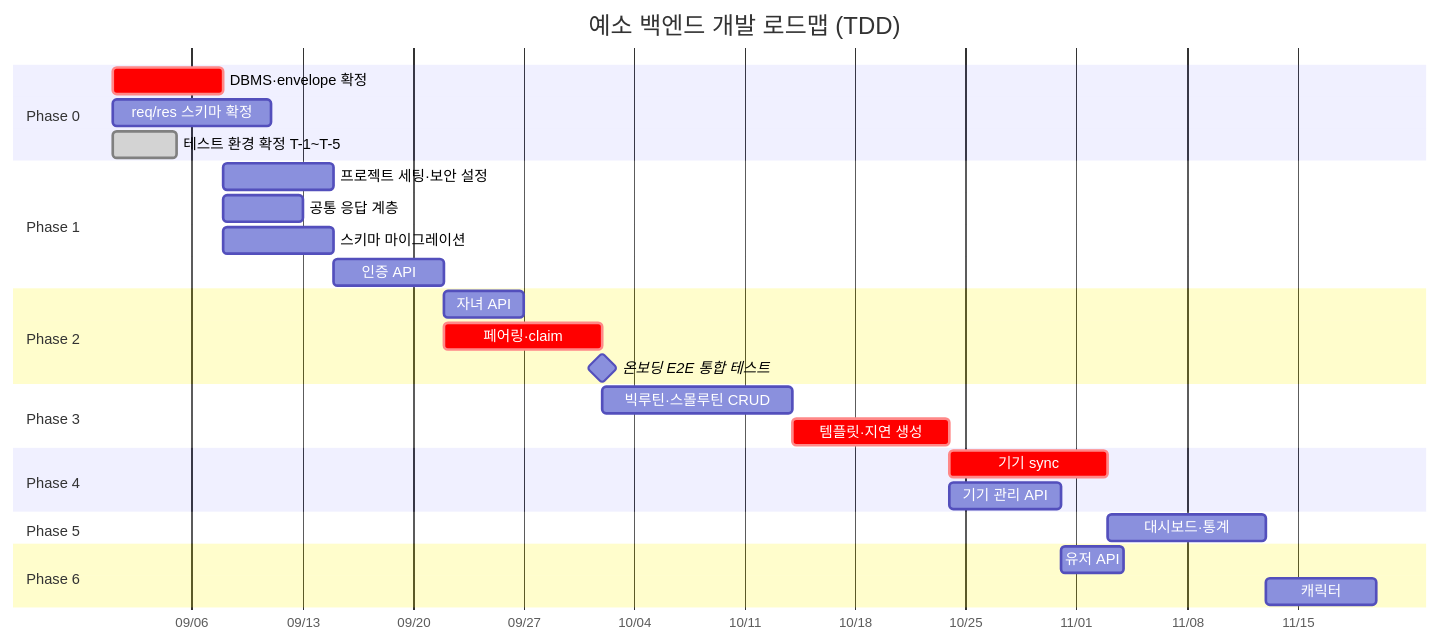
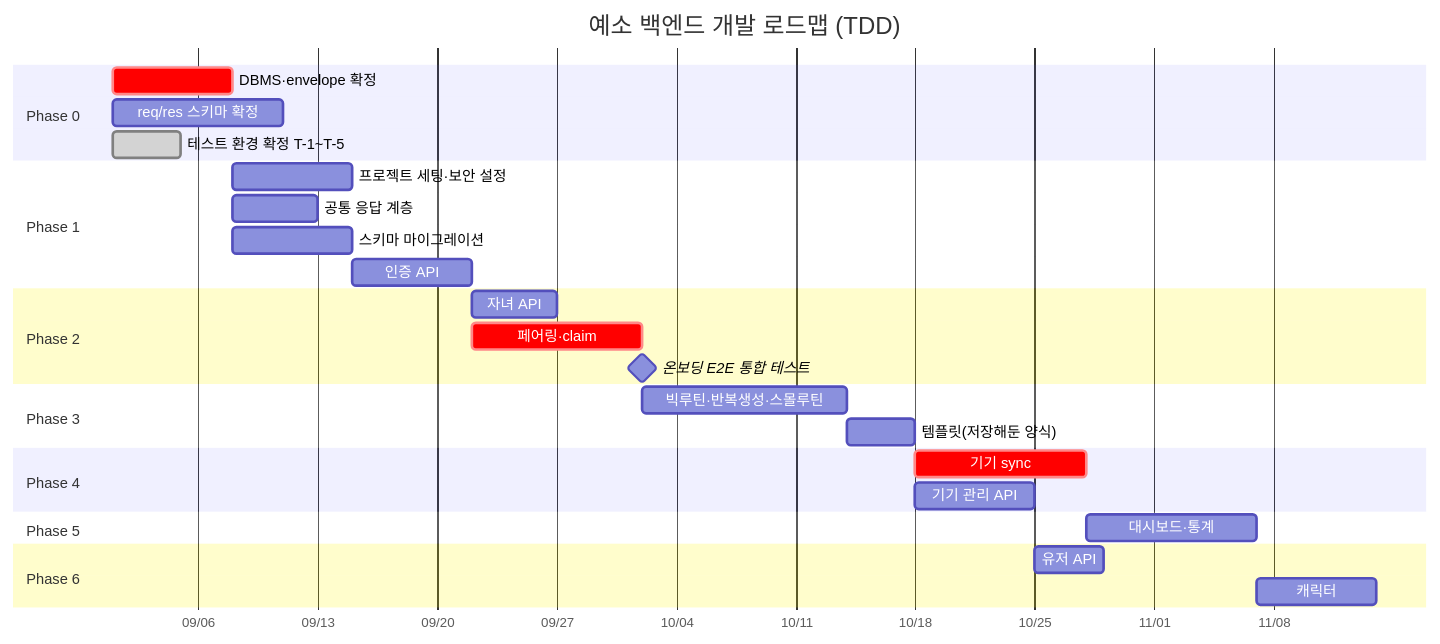
One commit to najunho04/2026-khu-artistic-software changed the diagram in docs/ROADMAP.md. Above: the diagram before and after it, drawn with Mermaid. The commit also changed other lines of this file and 22 other files, not shown here.

````diff
--- a/docs/ROADMAP.md
+++ b/docs/ROADMAP.md
@@ -665,37 +729,37 @@
 ```mermaid
 gantt
     title 예소 백엔드 개발 로드맵 (TDD)
     dateFormat YYYY-MM-DD
     axisFormat %m/%d
 
     section Phase 0
     DBMS·envelope 확정          :crit, p0, 2026-09-01, 7d
     req/res 스키마 확정          :p0b, 2026-09-01, 10d
     테스트 환경 확정 T-1~T-5     :done, p0c, 2026-09-01, 4d
 
     section Phase 1
     프로젝트 세팅·보안 설정      :p1a, after p0, 7d
     공통 응답 계층               :p1d, after p0, 5d
     스키마 마이그레이션          :p1b, after p0, 7d
     인증 API                    :p1c, after p1a, 7d
 
     section Phase 2
     자녀 API                    :p2a, after p1c, 5d
     페어링·claim                :crit, p2b, after p1c, 10d
     온보딩 E2E 통합 테스트       :milestone, after p2b, 0d
 
     section Phase 3
-    빅루틴·스몰루틴 CRUD        :p3a, after p2b, 12d
-    템플릿·지연 생성            :crit, p3b, after p3a, 10d
+    빅루틴·반복생성·스몰루틴    :p3a, after p2b, 12d
+    템플릿(저장해둔 양식)        :p3b, after p3a, 4d
 
     section Phase 4
     기기 sync                   :crit, p4a, after p3b, 10d
     기기 관리 API               :p4b, after p3b, 7d
 
     section Phase 5
     대시보드·통계               :p5, after p4a, 10d
 
     section Phase 6
     유저 API                    :p6a, after p4b, 4d
     캐릭터                      :p6b, after p5, 7d
 ```
````
